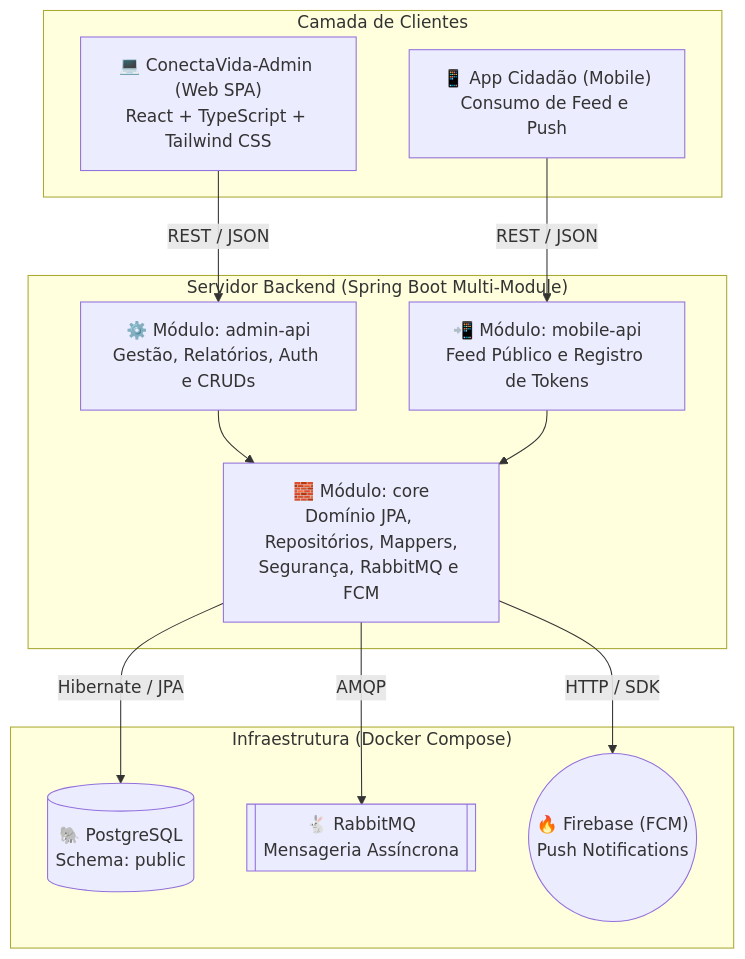
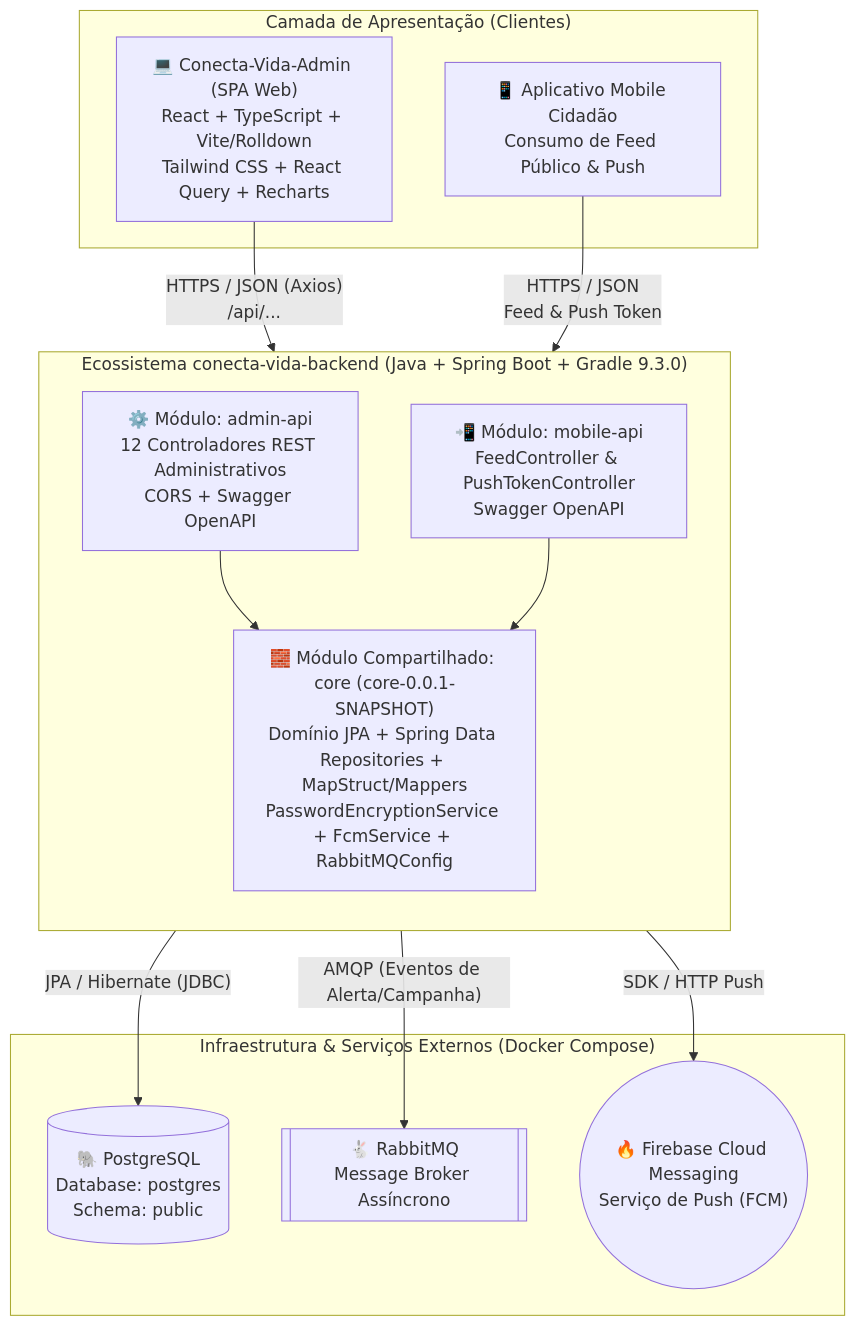
The first of 3 diagrams in README.md (Conecta-Vida/Conecta-Vida-Documentacao), drawn with Mermaid before and after one commit. The commit also changed other lines of this file, not shown here.

````diff
--- a/README.md
+++ b/README.md
@@ -16,28 +28,31 @@
 ```mermaid
 flowchart TB
-    subgraph Clientes ["Camada de Clientes"]
-        AdminWeb["💻 ConectaVida-Admin (Web SPA)\nReact + TypeScript + Tailwind CSS"]
-        MobileApp["📱 App Cidadão (Mobile)\nConsumo de Feed e Push"]
+    subgraph Clientes ["Camada de Apresentação (Clientes)"]
+        AdminSPA["💻 Conecta-Vida-Admin (SPA Web)\nReact + TypeScript + Vite/Rolldown\nTailwind CSS + React Query + Recharts"]
+        MobileApp["📱 Aplicativo Mobile Cidadão\nConsumo de Feed Público & Push"]
     end
 
-    subgraph Backend ["Servidor Backend (Spring Boot Multi-Module)"]
-        AdminAPI["⚙️ Módulo: admin-api\nGestão, Relatórios, Auth e CRUDs"]
-        MobileAPI["📲 Módulo: mobile-api\nFeed Público e Registro de Tokens"]
-        Core["🧱 Módulo: core\nDomínio JPA, Repositórios, Mappers,\nSegurança, RabbitMQ e FCM"]
+    subgraph Backend ["Ecossistema conecta-vida-backend (Java + Spring Boot + Gradle 9.3.0)"]
+        direction TB
+        AdminAPI["⚙️ Módulo: admin-api\n12 Controladores REST Administrativos\nCORS + Swagger OpenAPI"]
+        MobileAPI["📲 Módulo: mobile-api\nFeedController & PushTokenController\nSwagger OpenAPI"]
+        CoreJar["🧱 Módulo Compartilhado: core (core-0.0.1-SNAPSHOT)\nDomínio JPA + Spring Data Repositories + MapStruct/Mappers\nPasswordEncryptionService + FcmService + RabbitMQConfig"]
     end
 
-    subgraph Infra ["Infraestrutura (Docker Compose)"]
-        DB[("🐘 PostgreSQL\nSchema: public")]
-        Broker[["🐇 RabbitMQ\nMensageria Assíncrona"]]
-        Firebase(("🔥 Firebase (FCM)\nPush Notifications"))
+    subgraph Infra ["Infraestrutura & Serviços Externos (Docker Compose)"]
+        Postgres[("🐘 PostgreSQL\nDatabase: postgres\nSchema: public")]
+        RabbitMQ[["🐇 RabbitMQ\nMessage Broker Assíncrono"]]
+        Firebase(("🔥 Firebase Cloud Messaging\nServiço de Push (FCM)"))
     end
 
-    AdminWeb -- "REST / JSON" --> AdminAPI
-    MobileApp -- "REST / JSON" --> MobileAPI
-    AdminAPI --> Core
-    MobileAPI --> Core
-    Core -- "Hibernate / JPA" --> DB
-    Core -- "AMQP" --> Broker
-    Core -- "HTTP / SDK" --> Firebase
+    AdminSPA -- "HTTPS / JSON (Axios)\n/api/..." --> AdminAPI
+    MobileApp -- "HTTPS / JSON\nFeed & Push Token" --> MobileAPI
+
+    AdminAPI --> CoreJar
+    MobileAPI --> CoreJar
+
+    CoreJar -- "JPA / Hibernate (JDBC)" --> Postgres
+    CoreJar -- "AMQP (Eventos de Alerta/Campanha)" --> RabbitMQ
+    CoreJar -- "SDK / HTTP Push" --> Firebase
 
 ```
````
